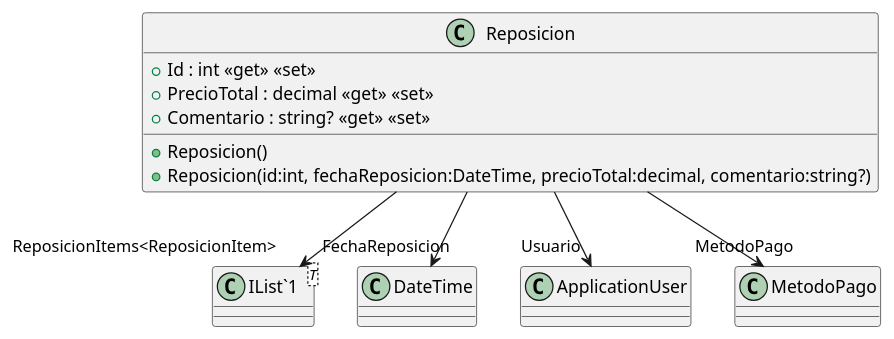
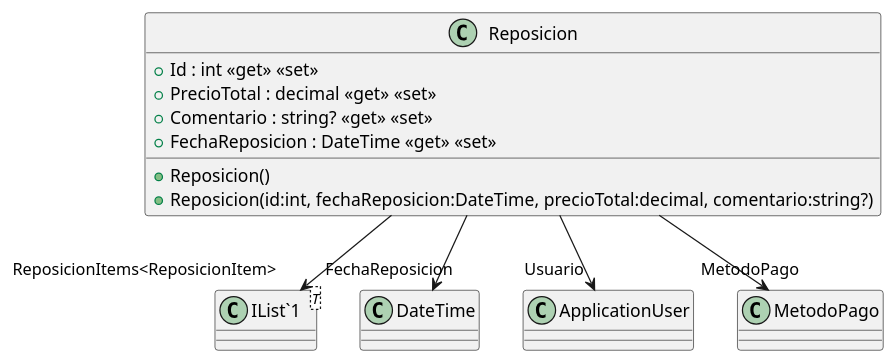
One commit to ISII2627LosGremlins/ISII2627LosGremlins changed the diagram in src/AppForSEII.API/ClassDiagram/Reposicion.puml. Above: the diagram before and after it, drawn with PlantUML. The commit also changed 3 other files, not shown here.

First line of the commit message:
Añadir atributos DateTime a las clases Compra, Libro, Reposicion y Resena (#88)

```diff
--- a/src/AppForSEII.API/ClassDiagram/Reposicion.puml
+++ b/src/AppForSEII.API/ClassDiagram/Reposicion.puml
@@ -1,15 +1,16 @@
 @startuml
 class Reposicion {
     + Reposicion()
     + Reposicion(id:int, fechaReposicion:DateTime, precioTotal:decimal, comentario:string?)
     + Id : int <<get>> <<set>>
     + PrecioTotal : decimal <<get>> <<set>>
     + Comentario : string? <<get>> <<set>>
+    + FechaReposicion : DateTime <<get>> <<set>>
 }
 class "IList`1"<T> {
 }
 Reposicion --> "FechaReposicion" DateTime
 Reposicion --> "ReposicionItems<ReposicionItem>" "IList`1"
 Reposicion --> "Usuario" ApplicationUser
 Reposicion --> "MetodoPago" MetodoPago
 @enduml
```
